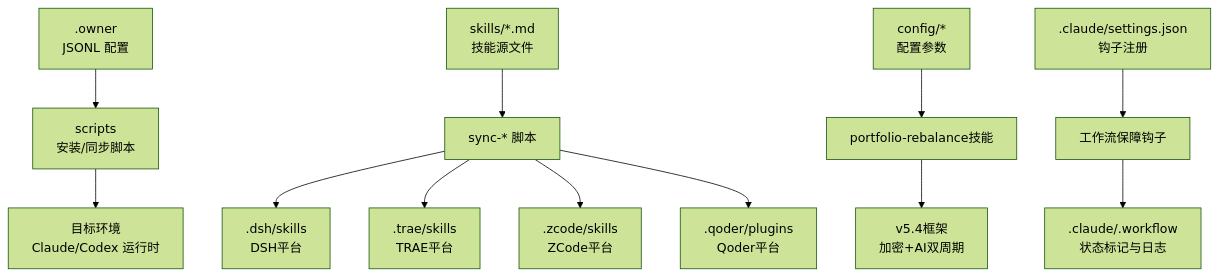
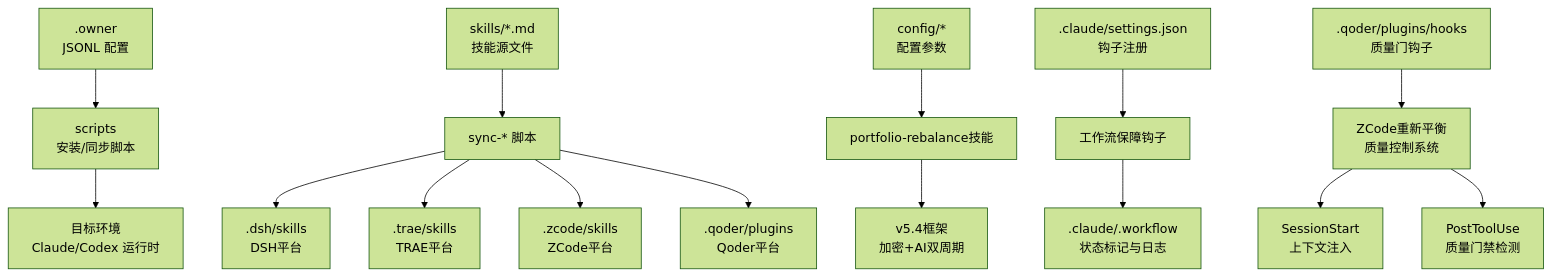
The first of 9 diagrams in .qoder/repowiki/zh/content/配置管理/配置管理.md (Ted-Engineer/ai-berkshire), drawn with Mermaid (forest theme) before and after one commit. The commit also changed other lines of this file and 76 other files, not shown here.

````diff
--- a/.qoder/repowiki/zh/content/配置管理/配置管理.md
+++ b/.qoder/repowiki/zh/content/配置管理/配置管理.md
@@ -71,14 +79,17 @@
 ```mermaid
 graph TB
 A[".owner<br/>JSONL 配置"] --> B["scripts<br/>安装/同步脚本"]
 C["skills/*.md<br/>技能源文件"] --> D["sync-* 脚本"]
 D --> E[".dsh/skills<br/>DSH平台"]
 D --> F[".trae/skills<br/>TRAE平台"]
 D --> G[".zcode/skills<br/>ZCode平台"]
 D --> H[".qoder/plugins<br/>Qoder平台"]
 I["config/*<br/>配置参数"] --> J["portfolio-rebalance技能"]
 J --> K["v5.4框架<br/>加密+AI双周期"]
 B --> L["目标环境<br/>Claude/Codex 运行时"]
 M[".claude/settings.json<br/>钩子注册"] --> N["工作流保障钩子"]
 N --> O[".claude/.workflow<br/>状态标记与日志"]
+P[".qoder/plugins/hooks<br/>质量门钩子"] --> Q["ZCode重新平衡<br/>质量控制系统"]
+Q --> R["SessionStart<br/>上下文注入"]
+Q --> S["PostToolUse<br/>质量门禁检测"]
 ```
````
